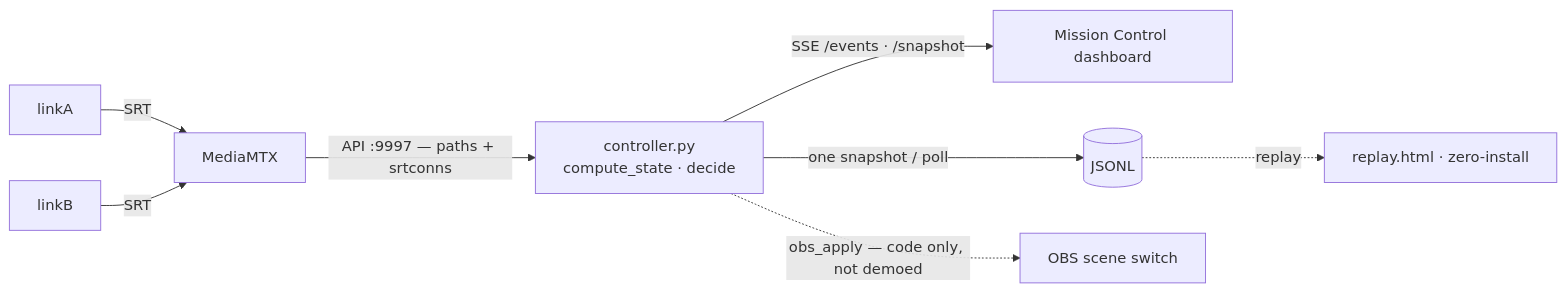
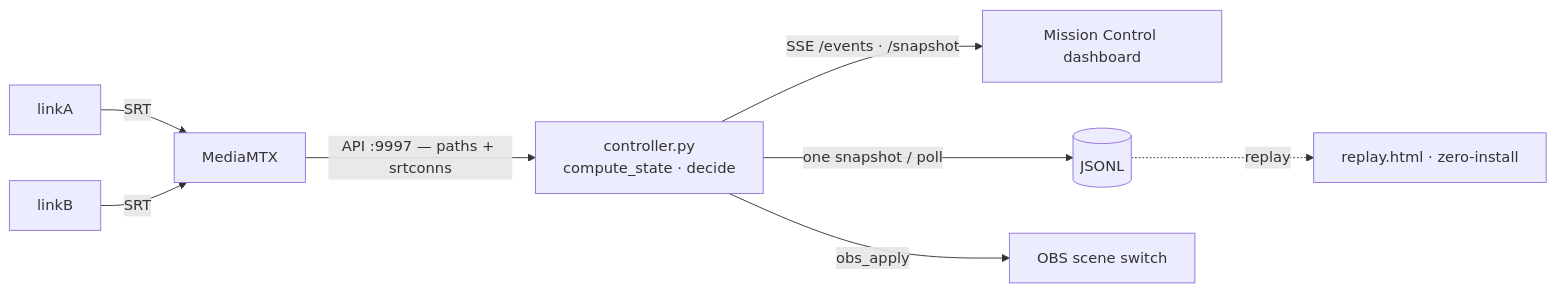
The diagram in README.md (akagifreeez/relayforge), drawn with Mermaid before and after one commit. The commit also changed other lines of this file and 6 other files, not shown here.

````diff
--- a/README.md
+++ b/README.md
@@ -26,10 +26,10 @@
 ```mermaid
 flowchart LR
   A[linkA] -->|SRT| MTX[MediaMTX]
   B[linkB] -->|SRT| MTX
   MTX -->|"API :9997 — paths + srtconns"| CTRL["controller.py<br/>compute_state · decide"]
   CTRL -->|"SSE /events · /snapshot"| DASH[Mission Control dashboard]
   CTRL -->|"one snapshot / poll"| JSONL[(JSONL)]
   JSONL -.->|replay| REPLAY[replay.html · zero-install]
-  CTRL -.->|"obs_apply — code only, not demoed"| OBS[OBS scene switch]
+  CTRL -->|"obs_apply"| OBS[OBS scene switch]
 ```
````
